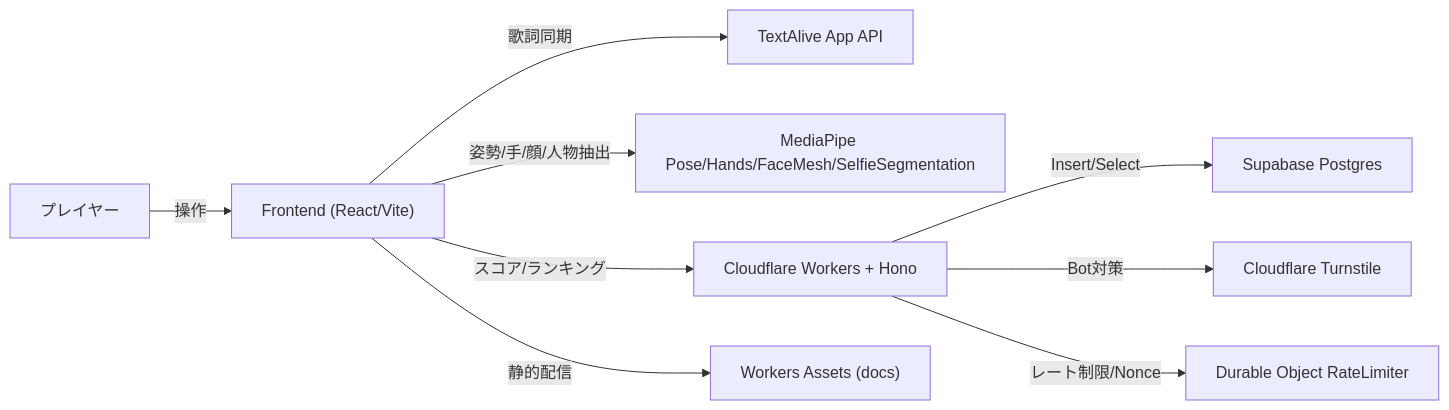
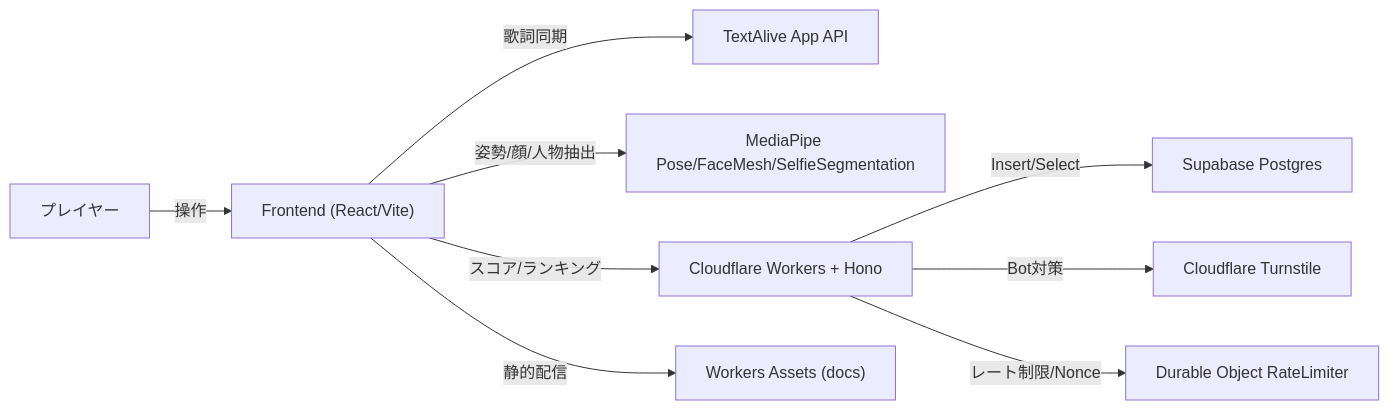
One commit to syusyusyusyu/star changed the first of 10 diagrams in 仕様書.md. Above: the diagram before and after it, drawn with Mermaid. The commit also changed other lines of this file, not shown here.

````diff
--- a/仕様書.md
+++ b/仕様書.md
@@ -6,11 +6,11 @@
 ```mermaid
 flowchart LR
   Player[プレイヤー] -->|操作| FE["Frontend (React/Vite)"]
   FE -->|歌詞同期| TextAlive["TextAlive App API"]
-  FE -->|姿勢/手/顔/人物抽出| MediaPipe["MediaPipe Pose/Hands/FaceMesh/SelfieSegmentation"]
+  FE -->|姿勢/顔/人物抽出| MediaPipe["MediaPipe Pose/FaceMesh/SelfieSegmentation"]
   FE -->|スコア/ランキング| API["Cloudflare Workers + Hono"]
   FE -->|静的配信| Assets["Workers Assets (docs)"]
   API -->|Insert/Select| DB["Supabase Postgres"]
   API -->|Bot対策| Turnstile["Cloudflare Turnstile"]
   API -->|レート制限/Nonce| DO["Durable Object RateLimiter"]
 ```
````
